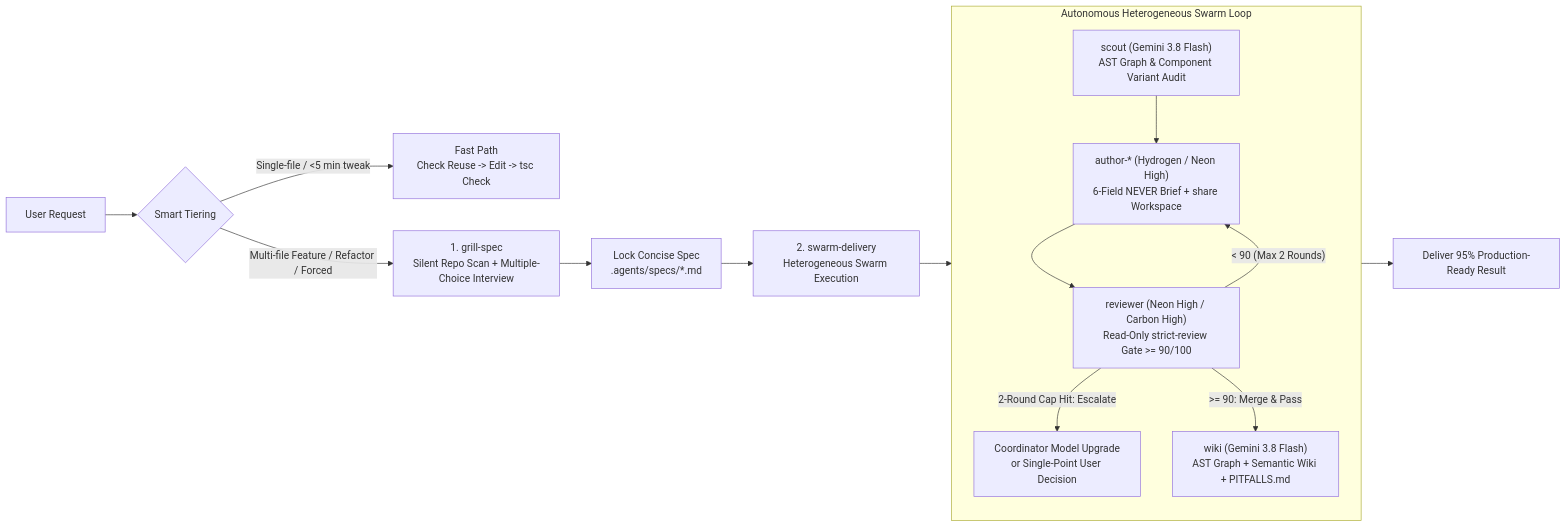
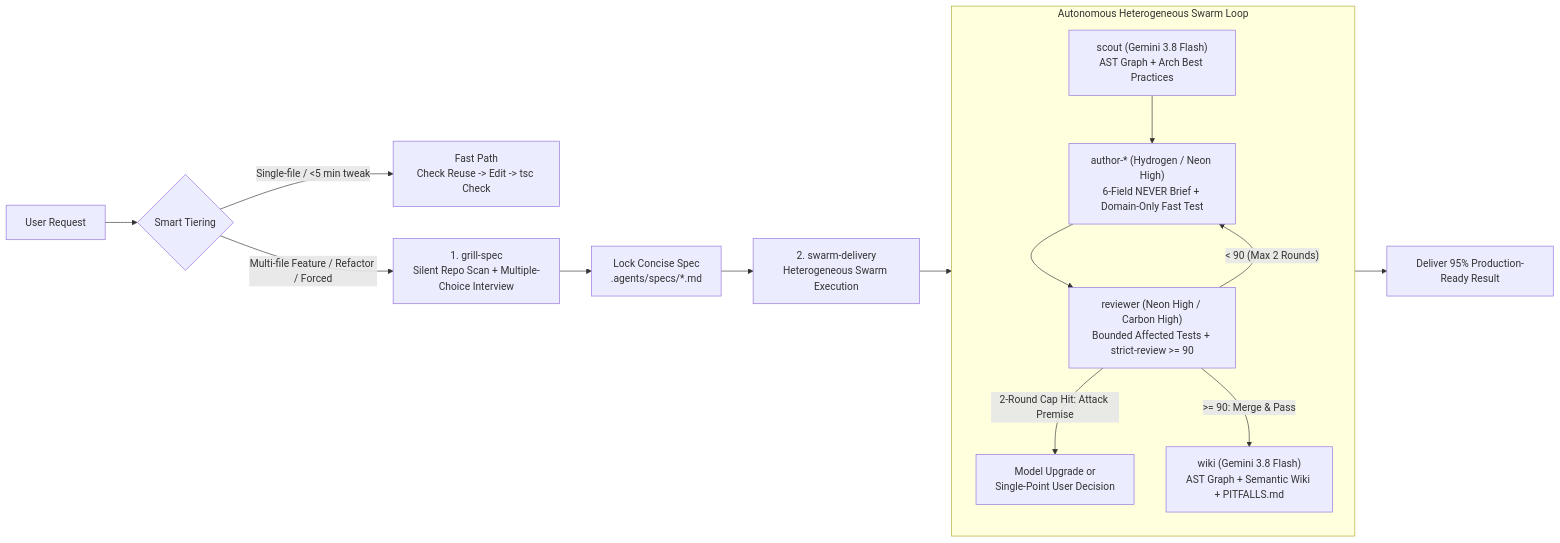
The diagram in README.md (MICAHFANG/agy-swarm-forge), drawn with Mermaid before and after one commit. The commit also changed other lines of this file and 14 other files, not shown here.

Commit message:
feat: v1.2.0 — arch-best-practices (PGSQL/Drizzle/Hono/Redis/Next.js), pstack principles, and two-tier bounded testing

````diff
--- a/README.md
+++ b/README.md
@@ -27,17 +27,17 @@
 ```mermaid
 flowchart LR
   A["User Request"] --> B{"Smart Tiering"}
   B -->|"Single-file / <5 min tweak"| C["Fast Path\nCheck Reuse -> Edit -> tsc Check"]
   B -->|"Multi-file Feature / Refactor / Forced"| D["1. grill-spec\nSilent Repo Scan + Multiple-Choice Interview"]
   D --> E["Lock Concise Spec\n.agents/specs/*.md"]
   E --> F["2. swarm-delivery\nHeterogeneous Swarm Execution"]
   subgraph Swarm["Autonomous Heterogeneous Swarm Loop"]
-    S1["scout (Gemini 3.8 Flash)\nAST Graph & Component Variant Audit"] --> S2["author-* (Hydrogen / Neon High)\n6-Field NEVER Brief + share Workspace"]
-    S2 --> S3["reviewer (Neon High / Carbon High)\nRead-Only strict-review Gate >= 90/100"]
+    S1["scout (Gemini 3.8 Flash)\nAST Graph + Arch Best Practices"] --> S2["author-* (Hydrogen / Neon High)\n6-Field NEVER Brief + Domain-Only Fast Test"]
+    S2 --> S3["reviewer (Neon High / Carbon High)\nBounded Affected Tests + strict-review >= 90"]
     S3 -->|"< 90 (Max 2 Rounds)"| S2
-    S3 -->|"2-Round Cap Hit: Escalate"| H["Coordinator Model Upgrade\nor Single-Point User Decision"]
+    S3 -->|"2-Round Cap Hit: Attack Premise"| H["Model Upgrade or\nSingle-Point User Decision"]
     S3 -->|">= 90: Merge & Pass"| S4["wiki (Gemini 3.8 Flash)\nAST Graph + Semantic Wiki + PITFALLS.md"]
   end
   F --> Swarm
   Swarm --> G["Deliver 95% Production-Ready Result"]
 ```
````
